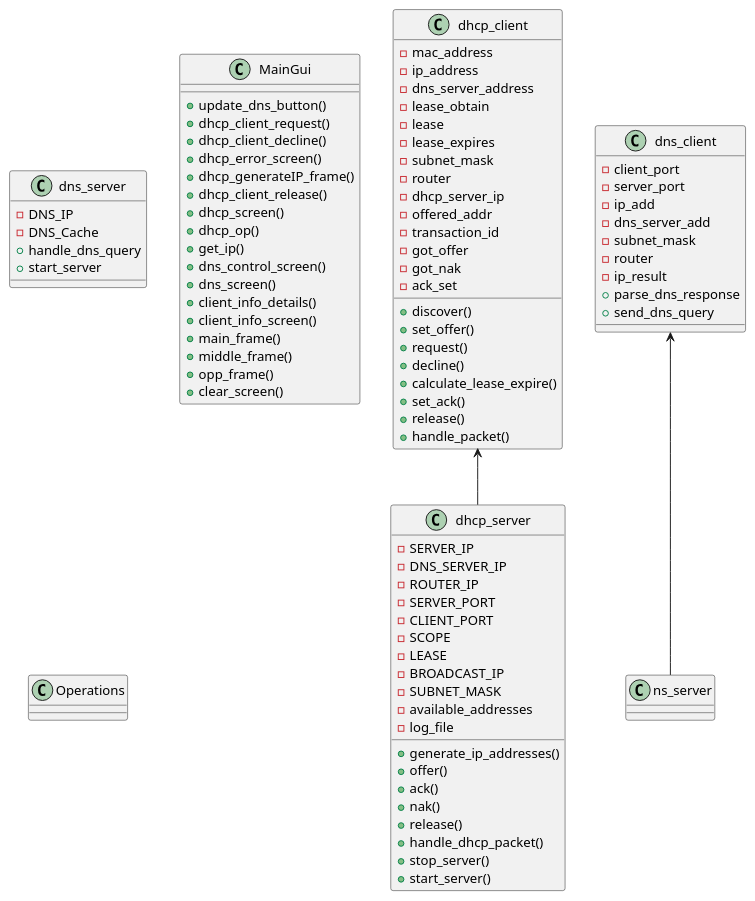
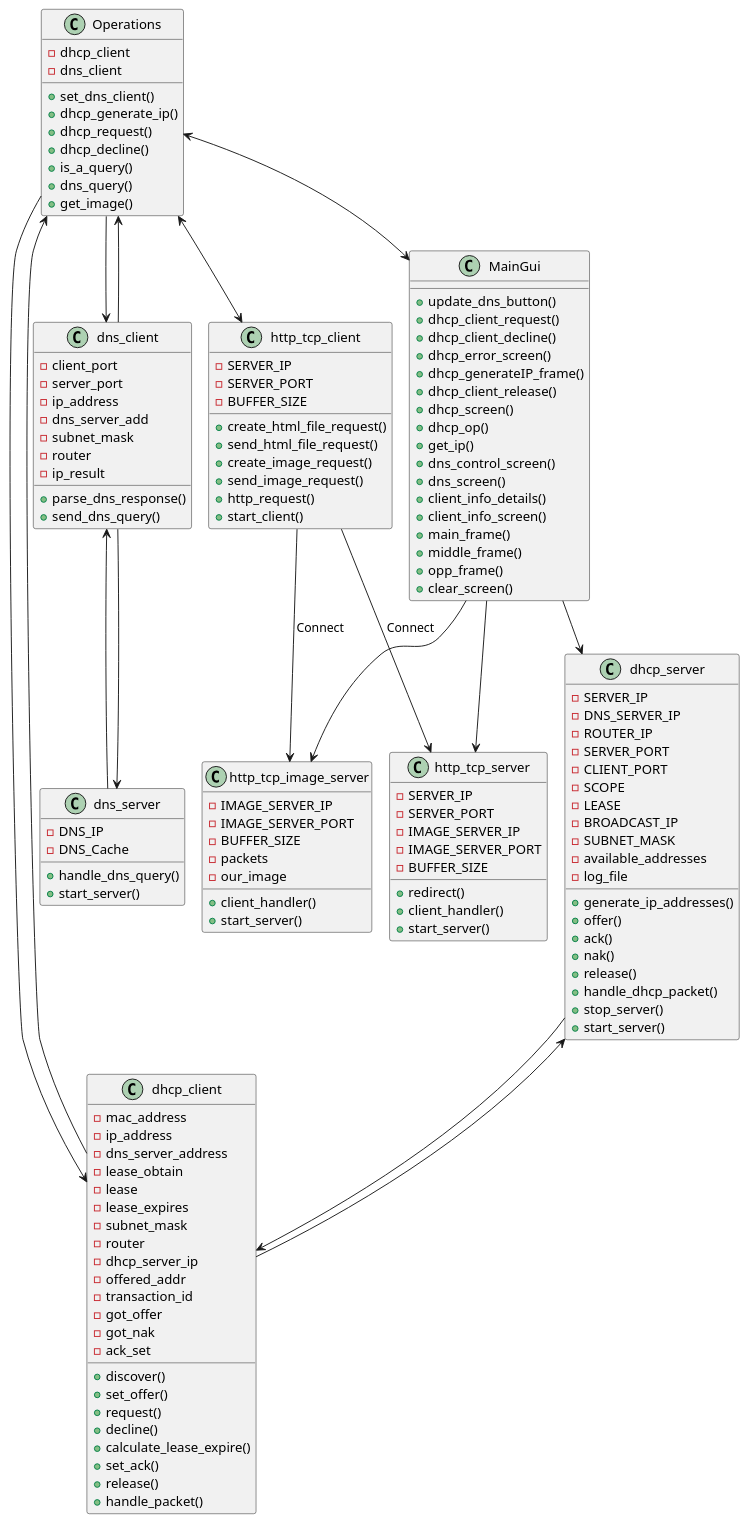
The diagram in Diagrams/UML_Diagram.puml (yuvili/FinalProject), drawn with PlantUML before and after one commit. The commit also changed 13 other files, not shown here.

Commit message:
diagrams, readme

```diff
--- a/Diagrams/UML_Diagram.puml
+++ b/Diagrams/UML_Diagram.puml
@@ -1,101 +1,152 @@
 @startuml
+!pragma layout smetana
 class dhcp_server
 class dhcp_client
 class dns_server
 class dns_client
 class MainGui
 class Operations
 
-
 class dhcp_server{
-- SERVER_IP
-- DNS_SERVER_IP
-- ROUTER_IP
-- SERVER_PORT
-- CLIENT_PORT
-- SCOPE
-- LEASE
-- BROADCAST_IP
-- SUBNET_MASK
-- available_addresses
-- log_file
-
-+ generate_ip_addresses()
-+ offer()
-+ ack()
-+ nak()
-+ release()
-+ handle_dhcp_packet()
-+ stop_server()
-+ start_server()
+-SERVER_IP
+-DNS_SERVER_IP
+-ROUTER_IP
+-SERVER_PORT
+-CLIENT_PORT
+-SCOPE
+-LEASE
+-BROADCAST_IP
+-SUBNET_MASK
+-available_addresses
+-log_file
++generate_ip_addresses()
++offer()
++ack()
++nak()
++release()
++handle_dhcp_packet()
++stop_server()
++start_server()
 }
 
 class dhcp_client{
-- mac_address
-- ip_address
-- dns_server_address
-- lease_obtain
-- lease
-- lease_expires
-- subnet_mask
-- router
-- dhcp_server_ip
-- offered_addr
-- transaction_id
-- got_offer
-- got_nak
-- ack_set
-
-+ discover()
-+ set_offer()
-+ request()
-+ decline()
-+ calculate_lease_expire()
-+ set_ack()
-+ release()
-+ handle_packet()
-
+-mac_address
+-ip_address
+-dns_server_address
+-lease_obtain
+-lease
+-lease_expires
+-subnet_mask
+-router
+-dhcp_server_ip
+-offered_addr
+-transaction_id
+-got_offer
+-got_nak
+-ack_set
++discover()
++set_offer()
++request()
++decline()
++calculate_lease_expire()
++set_ack()
++release()
++handle_packet()
 }
 
 class dns_server{
-- DNS_IP
-- DNS_Cache
-+ handle_dns_query
-+ start_server
+-DNS_IP
+-DNS_Cache
++handle_dns_query()
++start_server()
 }
 
 class dns_client{
-- client_port
-- server_port
-- ip_add
-- dns_server_add
-- subnet_mask
-- router
-- ip_result
-+ parse_dns_response
-+ send_dns_query
+-client_port
+-server_port
+-ip_address
+-dns_server_add
+-subnet_mask
+-router
+-ip_result
++parse_dns_response()
++send_dns_query()
 }
 
+class http_tcp_client{
+-SERVER_IP
+-SERVER_PORT
+-BUFFER_SIZE
++create_html_file_request()
++send_html_file_request()
++create_image_request()
++send_image_request()
++http_request()
++start_client()
+}
+class http_tcp_server{
+-SERVER_IP
+-SERVER_PORT
+-IMAGE_SERVER_IP
+-IMAGE_SERVER_PORT
+-BUFFER_SIZE
++redirect()
++client_handler()
++start_server()
+}
+class http_tcp_image_server{
+-IMAGE_SERVER_IP
+-IMAGE_SERVER_PORT
+-BUFFER_SIZE
+-packets
+-our_image
++client_handler()
++start_server()
+}
+class Operations{
+-dhcp_client
+-dns_client
++set_dns_client()
++dhcp_generate_ip()
++dhcp_request()
++dhcp_decline()
++is_a_query()
++dns_query()
++get_image()
+}
 class MainGui{
-+ update_dns_button()
-+ dhcp_client_request()
-+ dhcp_client_decline()
-+ dhcp_error_screen()
-+ dhcp_generateIP_frame()
-+ dhcp_client_release()
-+ dhcp_screen()
-+ dhcp_op()
-+ get_ip()
-+ dns_control_screen()
-+ dns_screen()
-+ client_info_details()
-+ client_info_screen()
-+ main_frame()
-+ middle_frame()
-+ opp_frame()
-+ clear_screen()
++update_dns_button()
++dhcp_client_request()
++dhcp_client_decline()
++dhcp_error_screen()
++dhcp_generateIP_frame()
++dhcp_client_release()
++dhcp_screen()
++dhcp_op()
++get_ip()
++dns_control_screen()
++dns_screen()
++client_info_details()
++client_info_screen()
++main_frame()
++middle_frame()
++opp_frame()
++clear_screen()
 }
 
-dhcp_client <-- dhcp_server
-dns_client <--dns_server
+Operations <--> MainGui
+MainGui --> dhcp_server
+MainGui --> http_tcp_server
+MainGui --> http_tcp_image_server
+Operations --> dhcp_client
+Operations --> dns_client
+Operations <--> http_tcp_client
+Operations <-- dhcp_client
+Operations <-- dns_client
+dns_client <-- dns_server
+dns_server <-- dns_client
+dhcp_server --> dhcp_client
+dhcp_client --> dhcp_server
+http_tcp_client --> http_tcp_server: Connect
+http_tcp_client --> http_tcp_image_server: Connect
 @enduml
```
